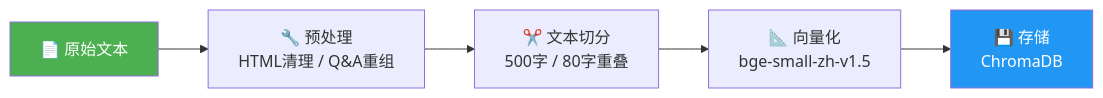
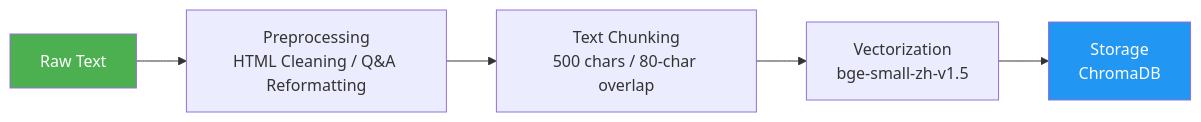
Before and after one commit to XUranus/dungeon: the first of 4 diagrams in docs/docs/rag/embedding.mdx, drawn with Mermaid. The commit also changed other lines of this file and 75 other files, not shown here.

````diff
--- a/docs/docs/rag/embedding.mdx
+++ b/docs/docs/rag/embedding.mdx
@@ -18,10 +18,10 @@
 ```mermaid
 flowchart LR
-    A["📄 原始文本"] --> B["🔧 预处理\nHTML清理 / Q&A重组"]
-    B --> C["✂️ 文本切分\n500字 / 80字重叠"]
-    C --> D["📐 向量化\nbge-small-zh-v1.5"]
-    D --> E["💾 存储\nChromaDB"]
+    A["Raw Text"] --> B["Preprocessing\nHTML Cleaning / Q&A Reformatting"]
+    B --> C["Text Chunking\n500 chars / 80-char overlap"]
+    C --> D["Vectorization\nbge-small-zh-v1.5"]
+    D --> E["Storage\nChromaDB"]
 
     style A fill:#4CAF50,color:#fff
     style E fill:#2196F3,color:#fff
 ```
````
